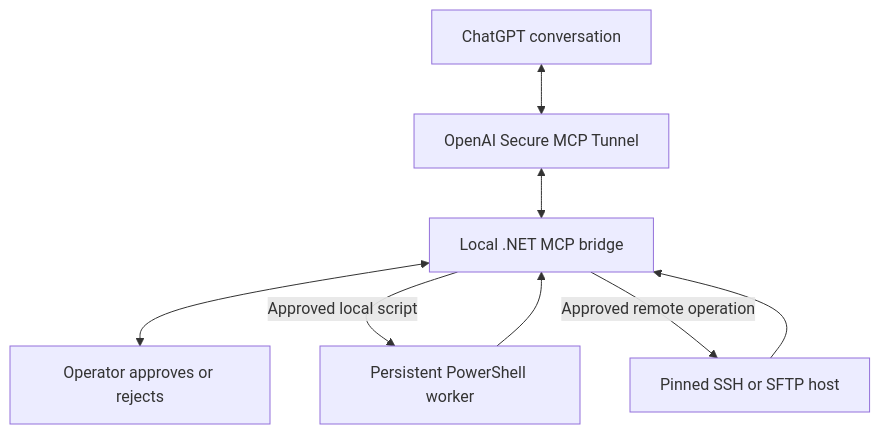
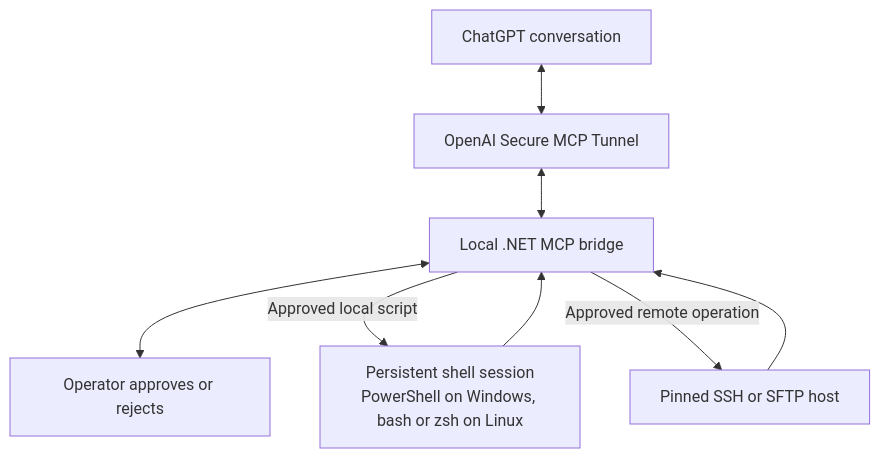
Before and after one commit to yassine-san/PowerShellGPTBridge: the diagram in README.md, drawn with Mermaid. The commit also changed other lines of this file and 2 other files, not shown here.

First line of the commit message:
docs: update the README and installation guide for Docker and the native Linux shell

```diff
--- a/README.md
+++ b/README.md
@@ -9,10 +9,10 @@
 ~~~mermaid
 flowchart TD
   C["ChatGPT conversation"] <--> T["OpenAI Secure MCP Tunnel"]
   T <--> B["Local .NET MCP bridge"]
   B <--> U["Operator approves or rejects"]
-  B -->|Approved local script| P["Persistent PowerShell worker"]
+  B -->|Approved local script| P["Persistent shell session<br/>PowerShell on Windows, bash or zsh on Linux"]
   B -->|Approved remote operation| S["Pinned SSH or SFTP host"]
   P --> B
   S --> B
 ~~~
```
